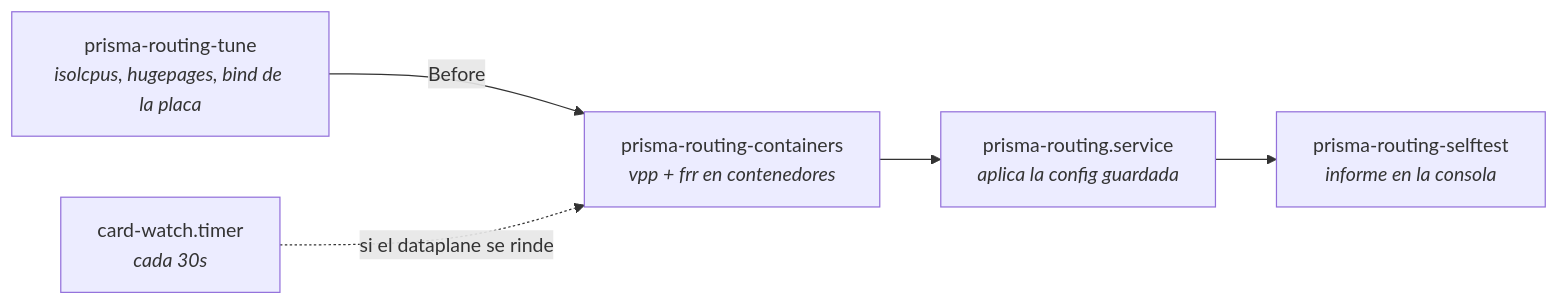
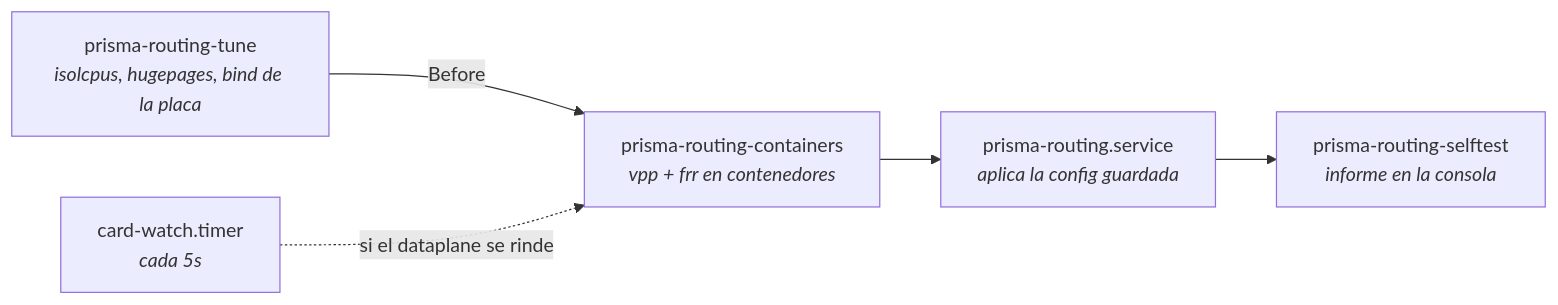
One commit to andrediashexa/prismarouting changed the first of 2 diagrams in wiki/operar/operacion-y-diagnostico.md. Above: the diagram before and after it, drawn with Mermaid. The commit also changed other lines of this file and 101 other files, not shown here.

````diff
--- a/wiki/operar/operacion-y-diagnostico.md
+++ b/wiki/operar/operacion-y-diagnostico.md
@@ -246,7 +246,7 @@
 ```mermaid
 flowchart LR
     T["prisma-routing-tune<br/><i>isolcpus, hugepages, bind de la placa</i>"] -->|Before| C["prisma-routing-containers<br/><i>vpp + frr en contenedores</i>"]
     C --> H["prisma-routing.service<br/><i>aplica la config guardada</i>"]
     H --> S["prisma-routing-selftest<br/><i>informe en la consola</i>"]
-    W["card-watch.timer<br/><i>cada 30s</i>"] -.->|si el dataplane se rinde| C
+    W["card-watch.timer<br/><i>cada 5s</i>"] -.->|si el dataplane se rinde| C
 ```
````
